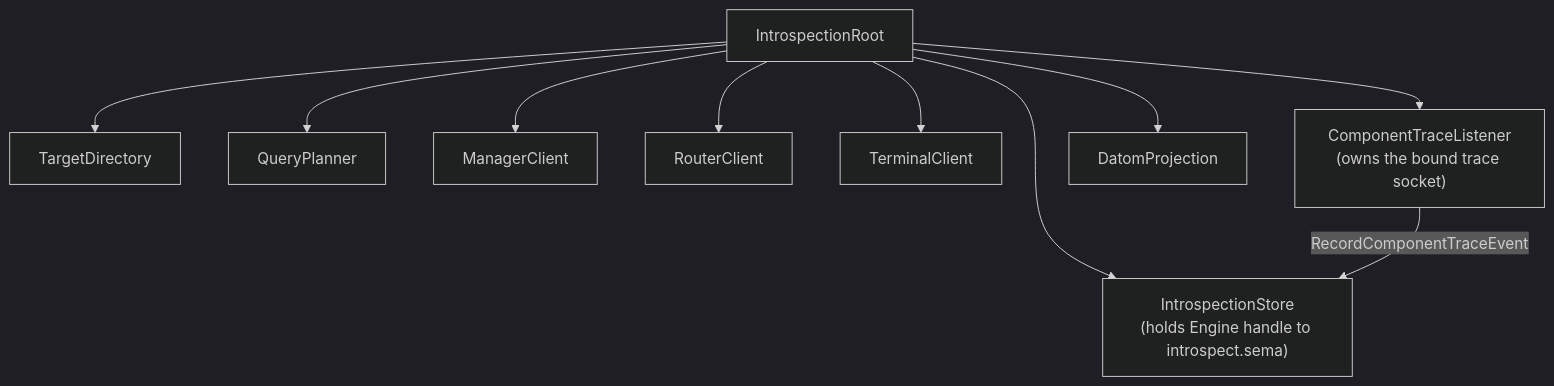
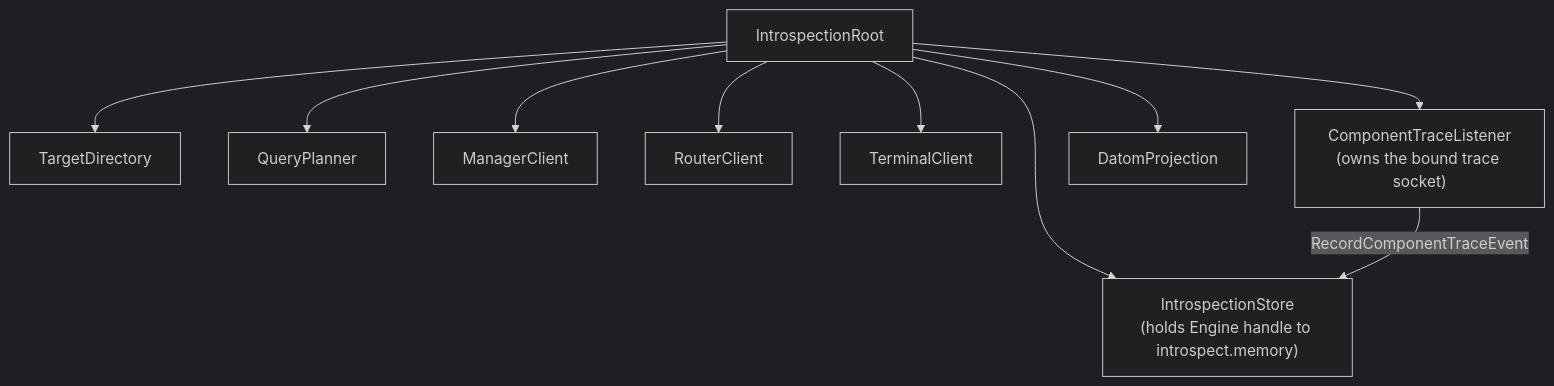
One commit to LiGoldragon/introspect changed the diagram in ARCHITECTURE.md. Above: the diagram before and after it, drawn with Mermaid (dark theme). The commit also changed other lines of this file and 13 other files, not shown here.

````diff
--- a/ARCHITECTURE.md
+++ b/ARCHITECTURE.md
@@ -173,22 +173,22 @@
 ```mermaid
 graph TD
     root["IntrospectionRoot"]
     directory["TargetDirectory"]
     planner["QueryPlanner"]
     manager["ManagerClient"]
     router["RouterClient"]
     terminal["TerminalClient"]
     trace["ComponentTraceListener<br/>(owns the bound trace socket)"]
-    store["IntrospectionStore<br/>(holds Engine handle to introspect.sema)"]
+    store["IntrospectionStore<br/>(holds Engine handle to introspect.memory)"]
     projection["DatomProjection"]
 
     root --> directory
     root --> planner
     root --> manager
     root --> router
     root --> terminal
     root --> trace
     root --> store
     root --> projection
     trace -->|RecordComponentTraceEvent| store
 ```
````
